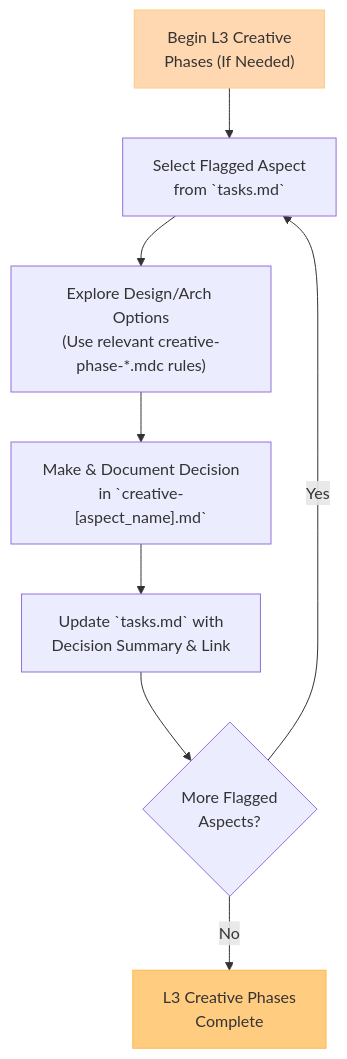
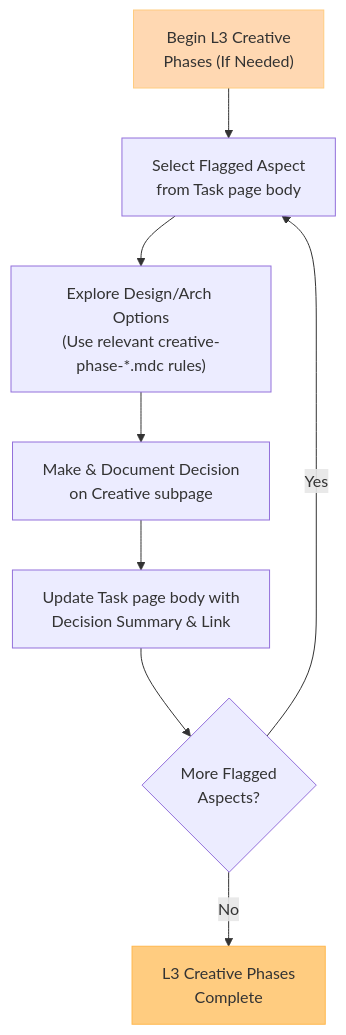
Before and after one commit to xianzhu21/cursor-memory-notion: the fifth of 8 diagrams in .cursor/rules/isolation_rules/Level3/workflow-level3.mdc, drawn with Mermaid. The commit also changed other lines of this file and 37 other files, not shown here.

````diff
--- a/.cursor/rules/isolation_rules/Level3/workflow-level3.mdc
+++ b/.cursor/rules/isolation_rules/Level3/workflow-level3.mdc
@@ -167,13 +171,13 @@
 ```mermaid
 graph TD
-    StartCreative["Begin L3 Creative<br>Phases (If Needed)"] --> SelectAspect["Select Flagged Aspect<br>from `tasks.md`"]
+    StartCreative["Begin L3 Creative<br>Phases (If Needed)"] --> SelectAspect["Select Flagged Aspect<br>from Task page body"]
     SelectAspect --> DesignExplore["Explore Design/Arch Options<br>(Use relevant creative-phase-*.mdc rules)"]
-    DesignExplore --> DecideDocument["Make & Document Decision<br>in `creative-[aspect_name].md`"]
-    DecideDocument --> UpdateTasksCreative["Update `tasks.md` with<br>Decision Summary & Link"]
+    DesignExplore --> DecideDocument["Make & Document Decision<br>on Creative subpage"]
+    DecideDocument --> UpdateTasksCreative["Update Task page body with<br>Decision Summary & Link"]
     UpdateTasksCreative --> MoreAspects{"More Flagged<br>Aspects?"}
     MoreAspects -- Yes --> SelectAspect
     MoreAspects -- No --> CreativeComplete["L3 Creative Phases<br>Complete"]
 
     style StartCreative fill:#ffd8b2,stroke:#ffcc80
     style CreativeComplete fill:#ffcc80,stroke:#ffb74d
 ```
````
